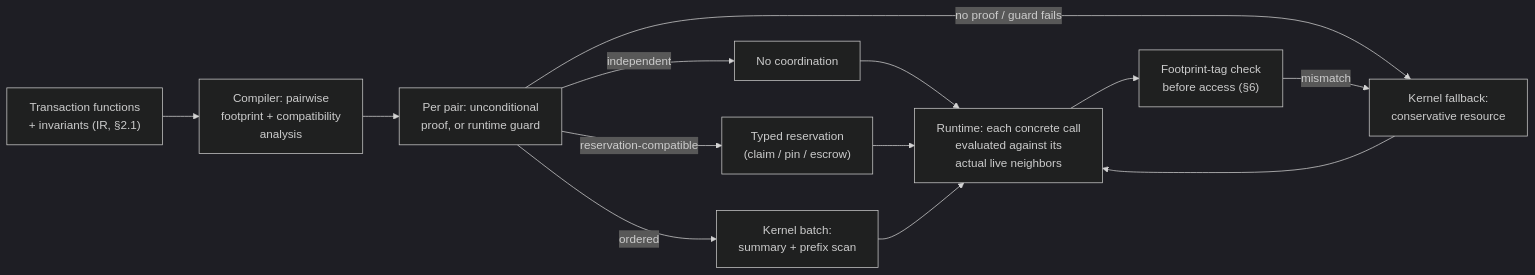
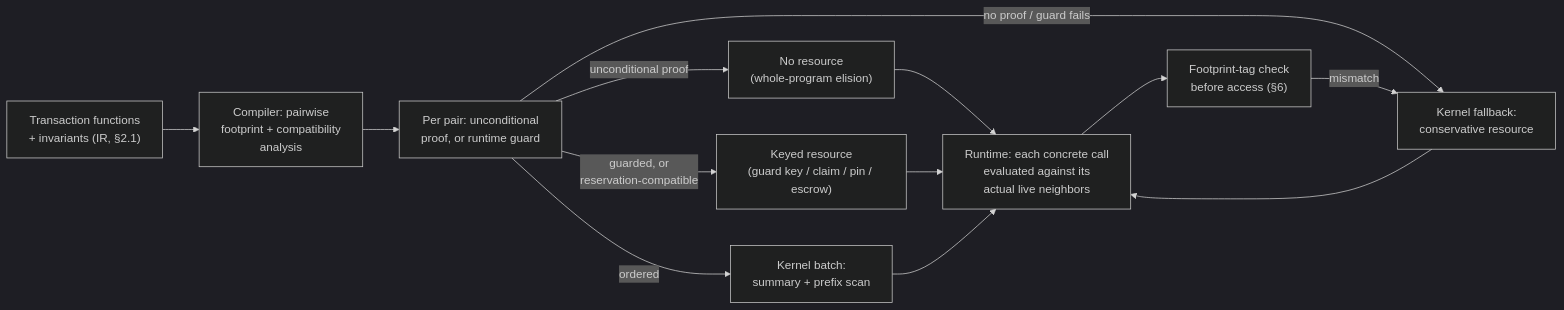
The diagram in docs/concept.md (overnightworks/kiln), drawn with Mermaid (dark theme) before and after one commit. The commit also changed other lines of this file and 2 other files, not shown here.

````diff
--- a/docs/concept.md
+++ b/docs/concept.md
@@ -200,15 +235,15 @@
 ```mermaid
 flowchart LR
     A["Transaction functions\n+ invariants (IR, §2.1)"] --> B["Compiler: pairwise\nfootprint + compatibility\nanalysis"]
     B --> P["Per pair: unconditional\nproof, or runtime guard"]
-    P -->|independent| C1["No coordination"]
-    P -->|reservation-compatible| C2["Typed reservation\n(claim / pin / escrow)"]
+    P -->|unconditional proof| C1["No resource\n(whole-program elision)"]
+    P -->|guarded, or\nreservation-compatible| C2["Keyed resource\n(guard key / claim / pin / escrow)"]
     P -->|ordered| C3["Kernel batch:\nsummary + prefix scan"]
     P -->|no proof / guard fails| C4["Kernel fallback:\nconservative resource"]
     C1 --> R["Runtime: each concrete call\nevaluated against its\nactual live neighbors"]
     C2 --> R
     C3 --> R
     C4 --> R
     R --> T["Footprint-tag check\nbefore access (§6)"]
     T -->|mismatch| C4
 ```
````
